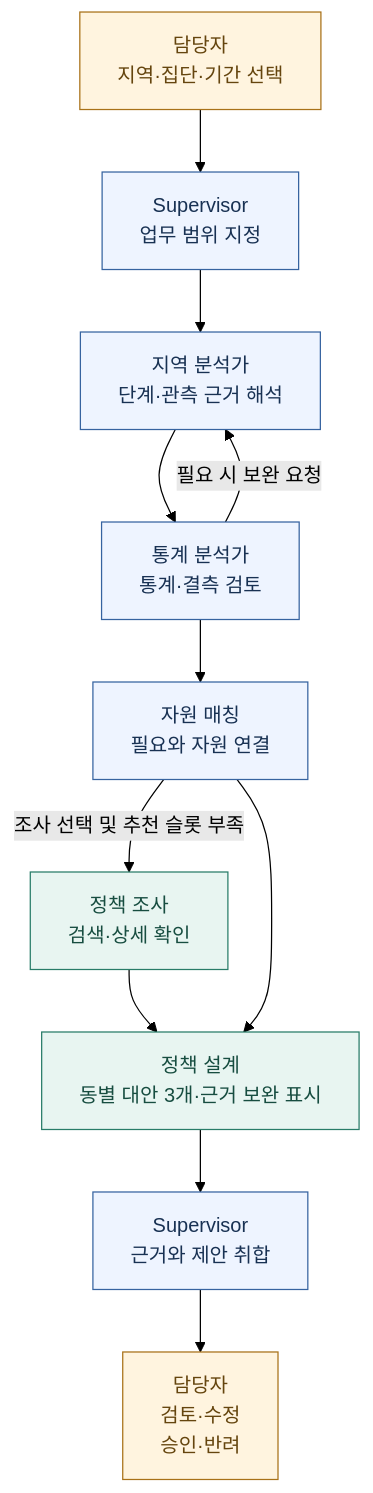
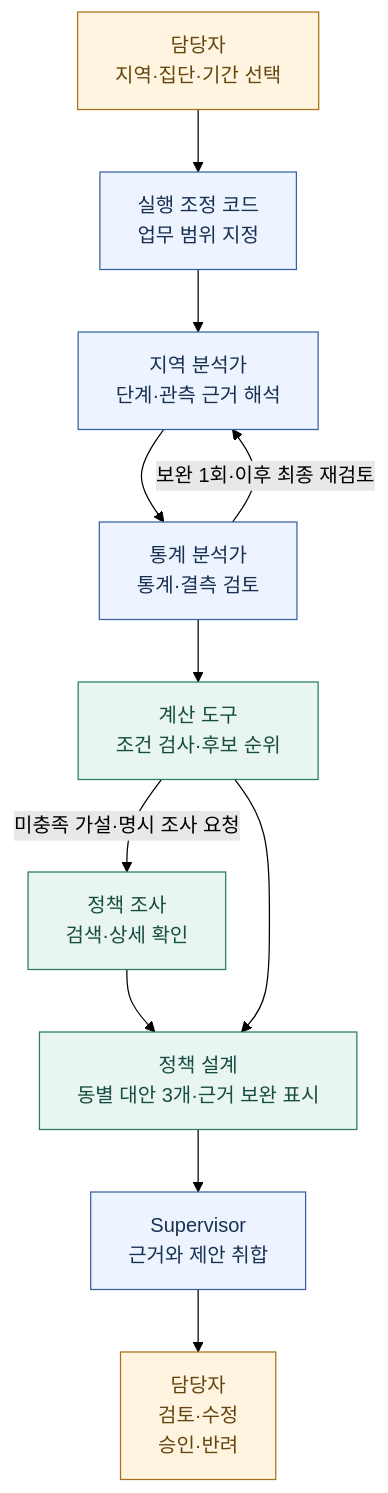
The diagram in README.md (space-jakdang/beyond-hello-mas), drawn with Mermaid (forest theme) before and after one commit. The commit also changed other lines of this file and 13 other files, not shown here.

````diff
--- a/README.md
+++ b/README.md
@@ -25,19 +25,20 @@
 ```mermaid
 flowchart TD
-    U["담당자<br/>지역·집단·기간 선택"] --> S["Supervisor<br/>업무 범위 지정"]
+    U["담당자<br/>지역·집단·기간 선택"] --> S["실행 조정 코드<br/>업무 범위 지정"]
     S --> A["지역 분석가<br/>단계·관측 근거 해석"]
     A --> T["통계 분석가<br/>통계·결측 검토"]
-    T -->|필요 시 보완 요청| A
-    T --> M["자원 매칭<br/>필요와 자원 연결"]
-    M -->|조사 선택 및 추천 슬롯 부족| P["정책 조사<br/>검색·상세 확인"]
+    T -->|보완 1회·이후 최종 재검토| A
+    T --> M["계산 도구<br/>조건 검사·후보 순위"]
+    M -->|미충족 가설·명시 조사 요청| P["정책 조사<br/>검색·상세 확인"]
     P --> D["정책 설계<br/>동별 대안 3개·근거 보완 표시"]
     M --> D
     D --> R["Supervisor<br/>근거와 제안 취합"]
     R --> H["담당자<br/>검토·수정<br/>승인·반려"]
     classDef agent fill:#eef4ff,stroke:#3663a0,color:#183153
     classDef policy fill:#e8f5f1,stroke:#287c68,color:#174d40
     classDef human fill:#fff4df,stroke:#a87118,color:#65450e
-    class S,A,T,M,R agent
+    class S,A,T,R agent
+    class M policy
     class P,D policy
     class U,H human
 ```
````
